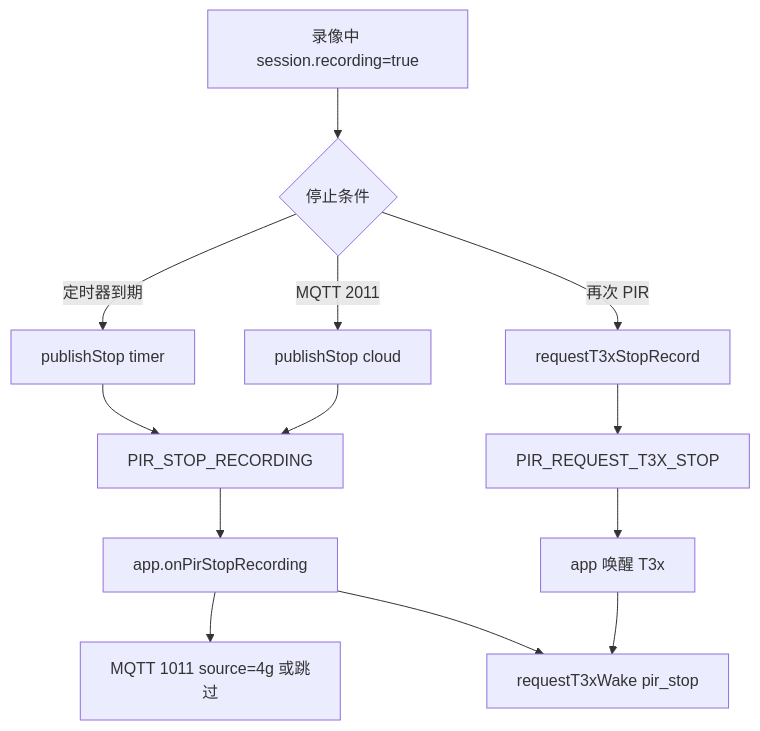
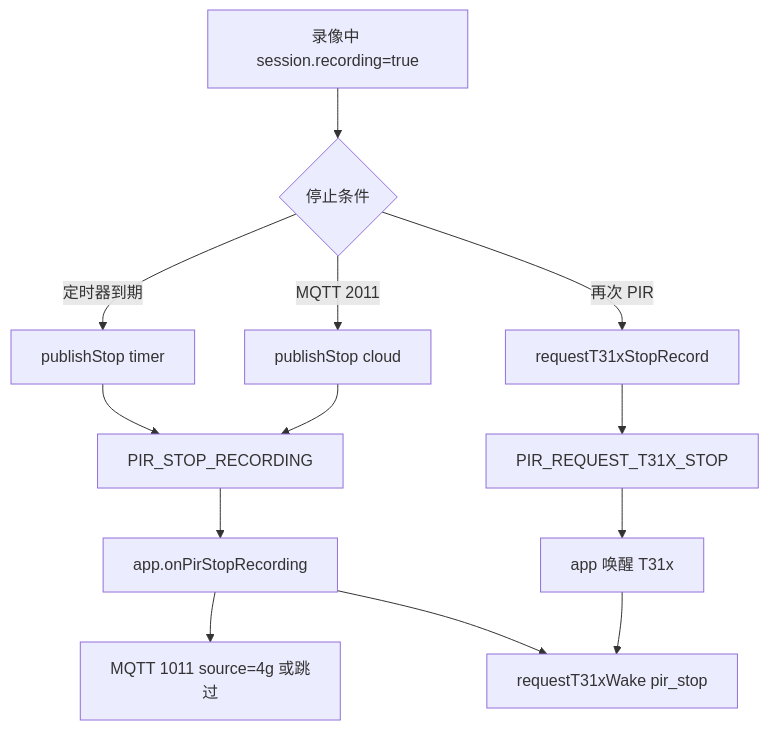
One commit to dzr1986/AIR780EHM changed the fifth of 5 diagrams in doc/PIR_PROTOCOL.md. Above: the diagram before and after it, drawn with Mermaid. The commit also changed other lines of this file and 402 other files, not shown here.

````diff
--- a/doc/PIR_PROTOCOL.md
+++ b/doc/PIR_PROTOCOL.md
@@ -198,15 +198,15 @@
 ```mermaid
 flowchart TD
     A[录像中 session.recording=true] --> B{停止条件}
     B -->|定时器到期| T[publishStop timer]
-    B -->|再次 PIR| P[requestT3xStopRecord]
+    B -->|再次 PIR| P[requestT31xStopRecord]
     B -->|MQTT 2011| C[publishStop cloud]
     T --> E[PIR_STOP_RECORDING]
     C --> E
-    P --> R[PIR_REQUEST_T3X_STOP]
+    P --> R[PIR_REQUEST_T31X_STOP]
     E --> APP[app.onPirStopRecording]
-    R --> APP2[app 唤醒 T3x]
+    R --> APP2[app 唤醒 T31x]
     APP --> U[MQTT 1011 source=4g 或跳过]
-    APP --> W[requestT3xWake pir_stop]
+    APP --> W[requestT31xWake pir_stop]
     APP2 --> W
 ```
````
